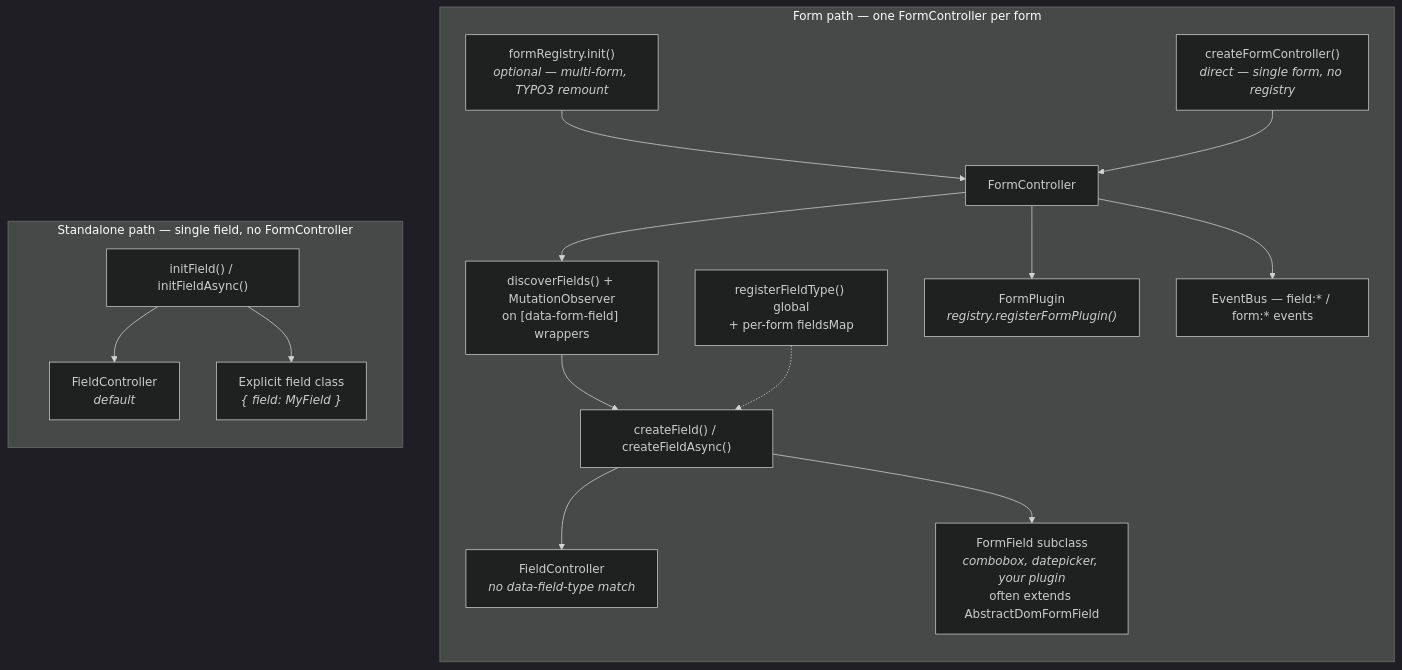
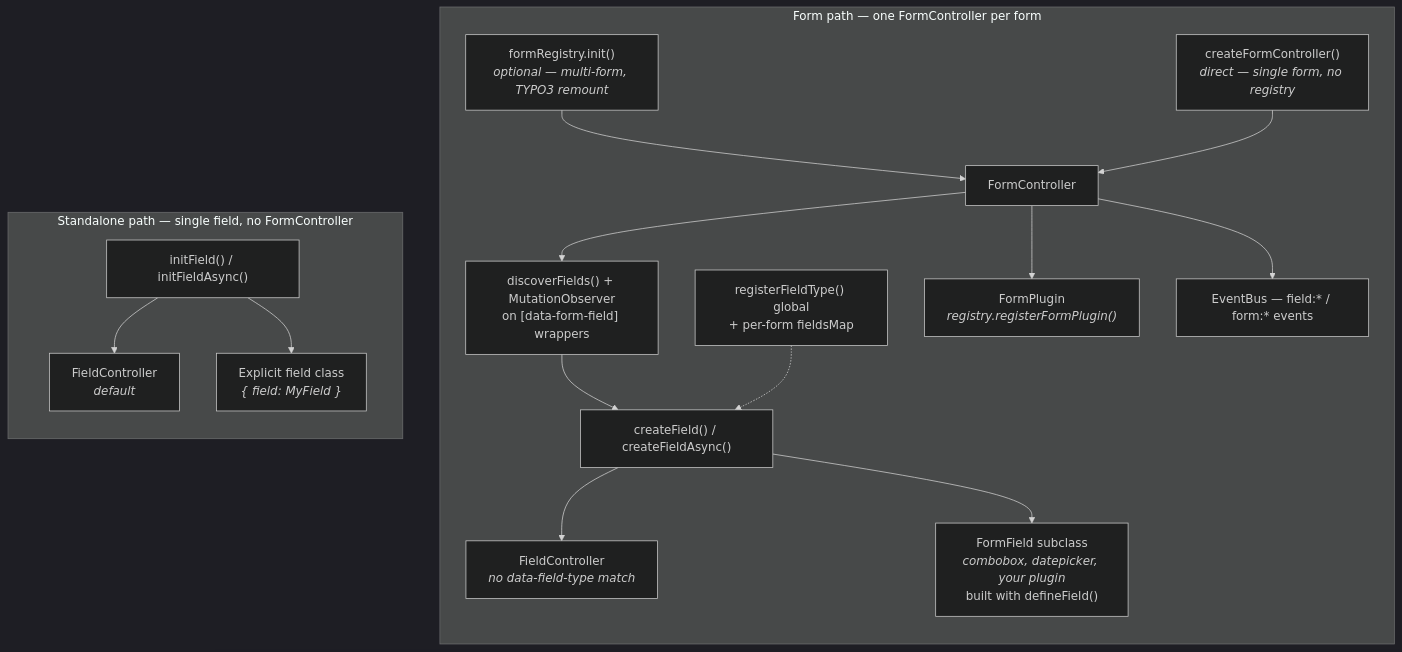
Before and after one commit to kimamov/FormLayer: the diagram in docs/src/content/docs/guides/introduction.md, drawn with Mermaid (dark theme). The commit also changed other lines of this file and 13 other files, not shown here.

First line of the commit message:
Document defineField() and typed values

````diff
--- a/docs/src/content/docs/guides/introduction.md
+++ b/docs/src/content/docs/guides/introduction.md
@@ -26,28 +26,28 @@
 ```mermaid
 flowchart TB
   subgraph formPath["Form path — one FormController per form"]
     direction TB
     R["formRegistry.init()<br/><i>optional — multi-form, TYPO3 remount</i>"]
     CFC["createFormController()<br/><i>direct — single form, no registry</i>"]
     FC["FormController"]
     R --> FC
     CFC --> FC
 
     FC --> Scan["discoverFields() + MutationObserver<br/>on [data-form-field] wrappers"]
     Scan --> CF["createField() / createFieldAsync()"]
 
     Map["registerFieldType() global<br/>+ per-form fieldsMap"] -.-> CF
     CF --> Default["FieldController<br/><i>no data-field-type match</i>"]
-    CF --> Custom["FormField subclass<br/><i>combobox, datepicker, your plugin</i><br/>often extends AbstractDomFormField"]
+    CF --> Custom["FormField subclass<br/><i>combobox, datepicker, your plugin</i><br/>built with defineField()"]
 
     FC --> Plugins["FormPlugin<br/><i>registry.registerFormPlugin()</i>"]
     FC --> Events["EventBus — field:* / form:* events"]
   end
 
   subgraph standalonePath["Standalone path — single field, no FormController"]
     direction TB
     IF["initField() / initFieldAsync()"]
     IF --> SDefault["FieldController<br/><i>default</i>"]
     IF --> SCustom["Explicit field class<br/><i>{ field: MyField }</i>"]
   end
 ```
````
